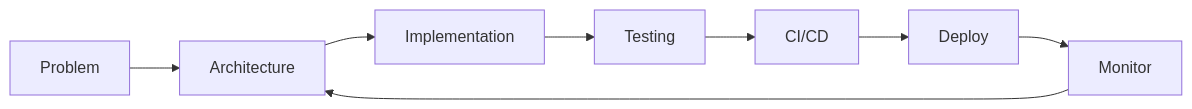
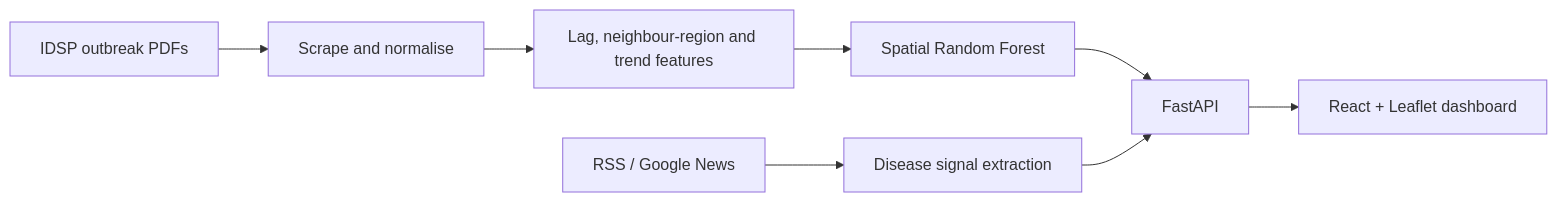
The third of 3 diagrams in README.md (ayeus/ayeus), drawn with Mermaid before and after one commit. The commit also changed other lines of this file and 26 other files, not shown here.

````diff
--- a/README.md
+++ b/README.md
@@ -319,11 +82,10 @@
 ```mermaid
 flowchart LR
-
-A[Problem] --> B[Architecture]
-B --> C[Implementation]
-C --> D[Testing]
-D --> E[CI/CD]
-E --> F[Deploy]
-F --> G[Monitor]
-G --> B
+  S1[IDSP outbreak PDFs] --> E[Scrape and normalise]
+  S2[RSS / Google News] --> X[Disease signal extraction]
+  E --> F[Lag, neighbour-region and trend features]
+  F --> M[Spatial Random Forest]
+  M --> API[FastAPI]
+  X --> API
+  API --> UI[React + Leaflet dashboard]
 ```
````
